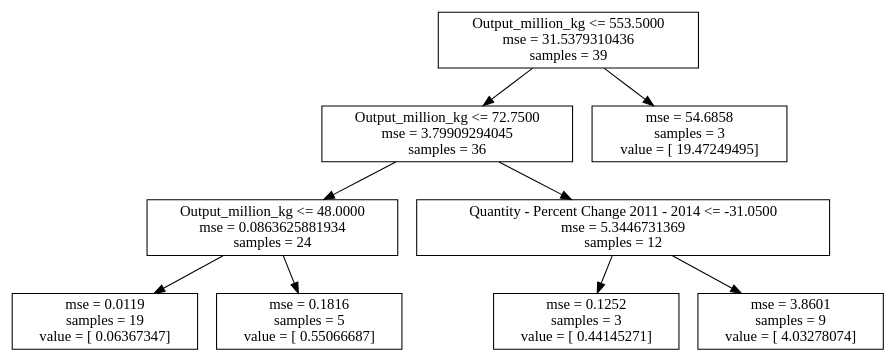
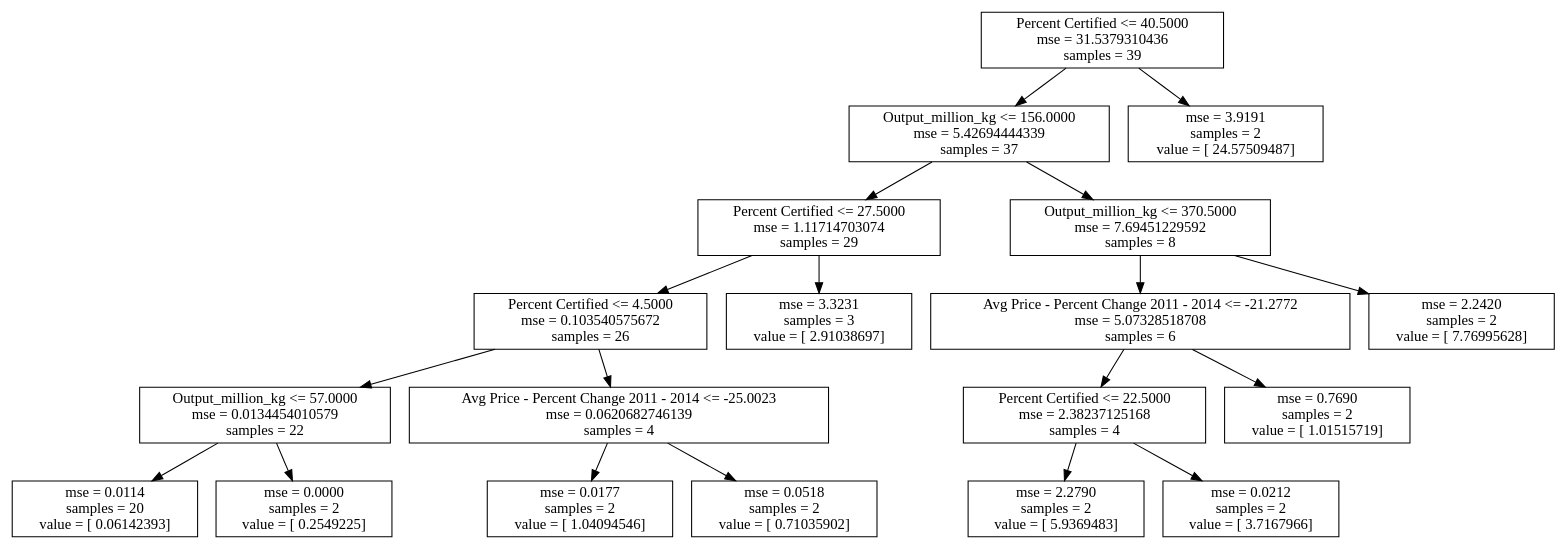
Before and after one commit to syappi/GA-data-science: the diagram in Project/tree_coffee.dot, drawn with Graphviz. The commit also changed 5 other files, not shown here.

```diff
--- a/Project/tree_coffee.dot
+++ b/Project/tree_coffee.dot
@@ -1,19 +1,39 @@
 digraph Tree {
-0 [label="Output_million_kg <= 553.5000\nmse = 31.5379310436\nsamples = 39", shape="box"] ;
-1 [label="Output_million_kg <= 72.7500\nmse = 3.79909294045\nsamples = 36", shape="box"] ;
+0 [label="Percent Certified <= 40.5000\nmse = 31.5379310436\nsamples = 39", shape="box"] ;
+1 [label="Output_million_kg <= 156.0000\nmse = 5.42694444339\nsamples = 37", shape="box"] ;
 0 -> 1 ;
-2 [label="Output_million_kg <= 48.0000\nmse = 0.0863625881934\nsamples = 24", shape="box"] ;
+2 [label="Percent Certified <= 27.5000\nmse = 1.11714703074\nsamples = 29", shape="box"] ;
 1 -> 2 ;
-3 [label="mse = 0.0119\nsamples = 19\nvalue = [ 0.06367347]", shape="box"] ;
+3 [label="Percent Certified <= 4.5000\nmse = 0.103540575672\nsamples = 26", shape="box"] ;
 2 -> 3 ;
-4 [label="mse = 0.1816\nsamples = 5\nvalue = [ 0.55066687]", shape="box"] ;
-2 -> 4 ;
-5 [label="Quantity - Percent Change 2011 - 2014 <= -31.0500\nmse = 5.3446731369\nsamples = 12", shape="box"] ;
-1 -> 5 ;
-6 [label="mse = 0.1252\nsamples = 3\nvalue = [ 0.44145271]", shape="box"] ;
-5 -> 6 ;
-7 [label="mse = 3.8601\nsamples = 9\nvalue = [ 4.03278074]", shape="box"] ;
-5 -> 7 ;
-8 [label="mse = 54.6858\nsamples = 3\nvalue = [ 19.47249495]", shape="box"] ;
-0 -> 8 ;
+4 [label="Output_million_kg <= 57.0000\nmse = 0.0134454010579\nsamples = 22", shape="box"] ;
+3 -> 4 ;
+5 [label="mse = 0.0114\nsamples = 20\nvalue = [ 0.06142393]", shape="box"] ;
+4 -> 5 ;
+6 [label="mse = 0.0000\nsamples = 2\nvalue = [ 0.2549225]", shape="box"] ;
+4 -> 6 ;
+7 [label="Avg Price - Percent Change 2011 - 2014 <= -25.0023\nmse = 0.0620682746139\nsamples = 4", shape="box"] ;
+3 -> 7 ;
+8 [label="mse = 0.0177\nsamples = 2\nvalue = [ 1.04094546]", shape="box"] ;
+7 -> 8 ;
+9 [label="mse = 0.0518\nsamples = 2\nvalue = [ 0.71035902]", shape="box"] ;
+7 -> 9 ;
+10 [label="mse = 3.3231\nsamples = 3\nvalue = [ 2.91038697]", shape="box"] ;
+2 -> 10 ;
+11 [label="Output_million_kg <= 370.5000\nmse = 7.69451229592\nsamples = 8", shape="box"] ;
+1 -> 11 ;
+12 [label="Avg Price - Percent Change 2011 - 2014 <= -21.2772\nmse = 5.07328518708\nsamples = 6", shape="box"] ;
+11 -> 12 ;
+13 [label="Percent Certified <= 22.5000\nmse = 2.38237125168\nsamples = 4", shape="box"] ;
+12 -> 13 ;
+14 [label="mse = 2.2790\nsamples = 2\nvalue = [ 5.9369483]", shape="box"] ;
+13 -> 14 ;
+15 [label="mse = 0.0212\nsamples = 2\nvalue = [ 3.7167966]", shape="box"] ;
+13 -> 15 ;
+16 [label="mse = 0.7690\nsamples = 2\nvalue = [ 1.01515719]", shape="box"] ;
+12 -> 16 ;
+17 [label="mse = 2.2420\nsamples = 2\nvalue = [ 7.76995628]", shape="box"] ;
+11 -> 17 ;
+18 [label="mse = 3.9191\nsamples = 2\nvalue = [ 24.57509487]", shape="box"] ;
+0 -> 18 ;
 }
```
